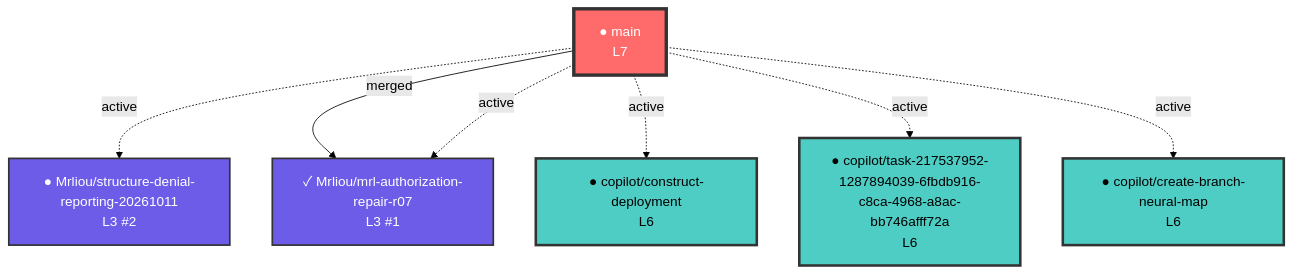
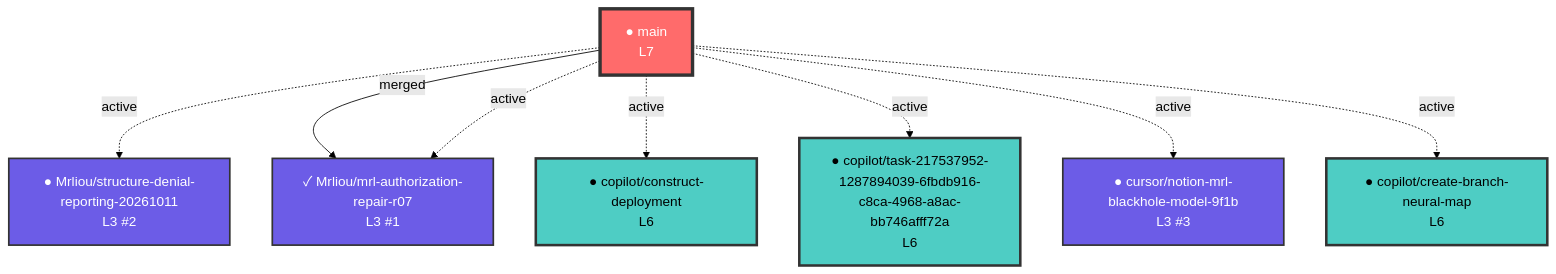
The diagram in neural-links/synaptic-graph.mermaid (dofaromg/MRL_ASI_system), drawn with Mermaid (forest theme) before and after one commit. The commit also changed 1 other file, not shown here.

Commit message:
🧠 Auto-sync neural network map [skip ci]

````diff
--- a/neural-links/synaptic-graph.mermaid
+++ b/neural-links/synaptic-graph.mermaid
@@ -1,27 +1,29 @@
 ```mermaid
 graph TD
   %% 神經網絡分支圖譜 - origin_signature: MrLiouWord
 
   %% 節點定義
   main["● main<br/>L7"]:::trunk
   Mrliou_structure_denial_reporting_20261011["● Mrliou/structure-denial-reporting-20261011<br/>L3 #2"]:::experimental
   Mrliou_mrl_authorization_repair_r07["✓ Mrliou/mrl-authorization-repair-r07<br/>L3 #1"]:::experimental
   copilot_construct_deployment["● copilot/construct-deployment<br/>L6"]:::cognitive
   copilot_task_217537952_1287894039_6fbdb916_c8ca_4968_a8ac_bb746afff72a["● copilot/task-217537952-1287894039-6fbdb916-c8ca-4968-a8ac-bb746afff72a<br/>L6"]:::cognitive
+  cursor_notion_mrl_blackhole_model_9f1b["● cursor/notion-mrl-blackhole-model-9f1b<br/>L3 #3"]:::experimental
   copilot_create_branch_neural_map["● copilot/create-branch-neural-map<br/>L6"]:::cognitive
 
   %% 連結定義
   main -.->|active| Mrliou_structure_denial_reporting_20261011
   main -->|merged| Mrliou_mrl_authorization_repair_r07
   main -.->|active| copilot_construct_deployment
   main -.->|active| copilot_task_217537952_1287894039_6fbdb916_c8ca_4968_a8ac_bb746afff72a
+  main -.->|active| cursor_notion_mrl_blackhole_model_9f1b
   main -.->|active| Mrliou_mrl_authorization_repair_r07
   main -.->|active| copilot_create_branch_neural_map
 
   %% 樣式定義
   classDef trunk fill:#ff6b6b,stroke:#333,stroke-width:4px,color:#fff
   classDef cognitive fill:#4ecdc4,stroke:#333,stroke-width:3px,color:#000
   classDef feature fill:#95e1d3,stroke:#333,stroke-width:2px,color:#000
   classDef hotfix fill:#f9ca24,stroke:#333,stroke-width:2px,color:#000
   classDef experimental fill:#6c5ce7,stroke:#333,stroke-width:2px,color:#fff
 ```
````
